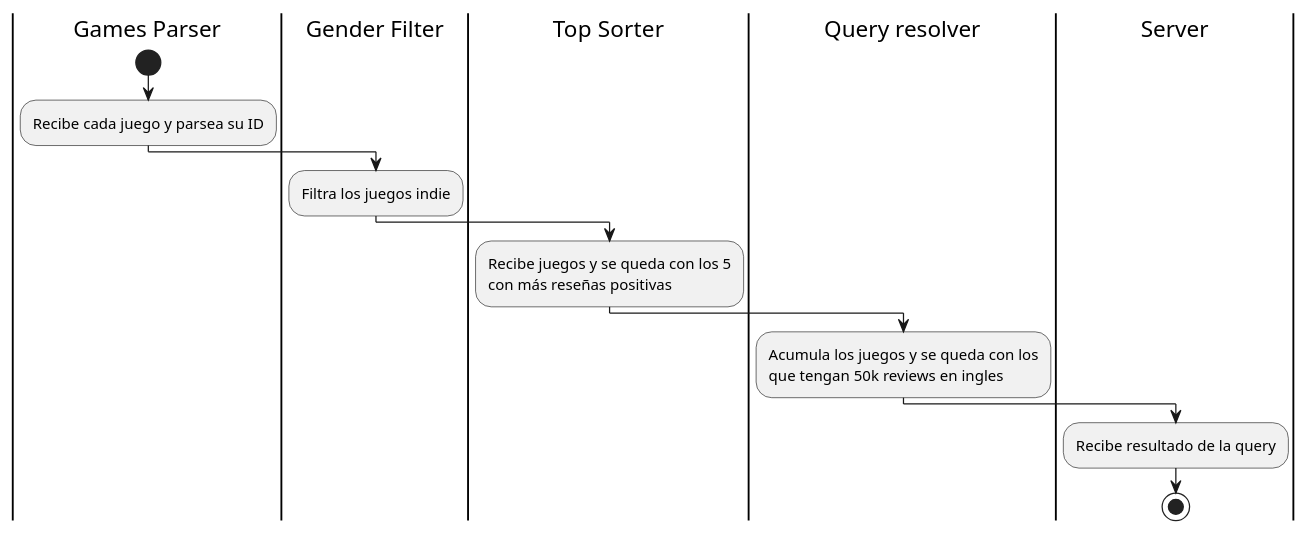
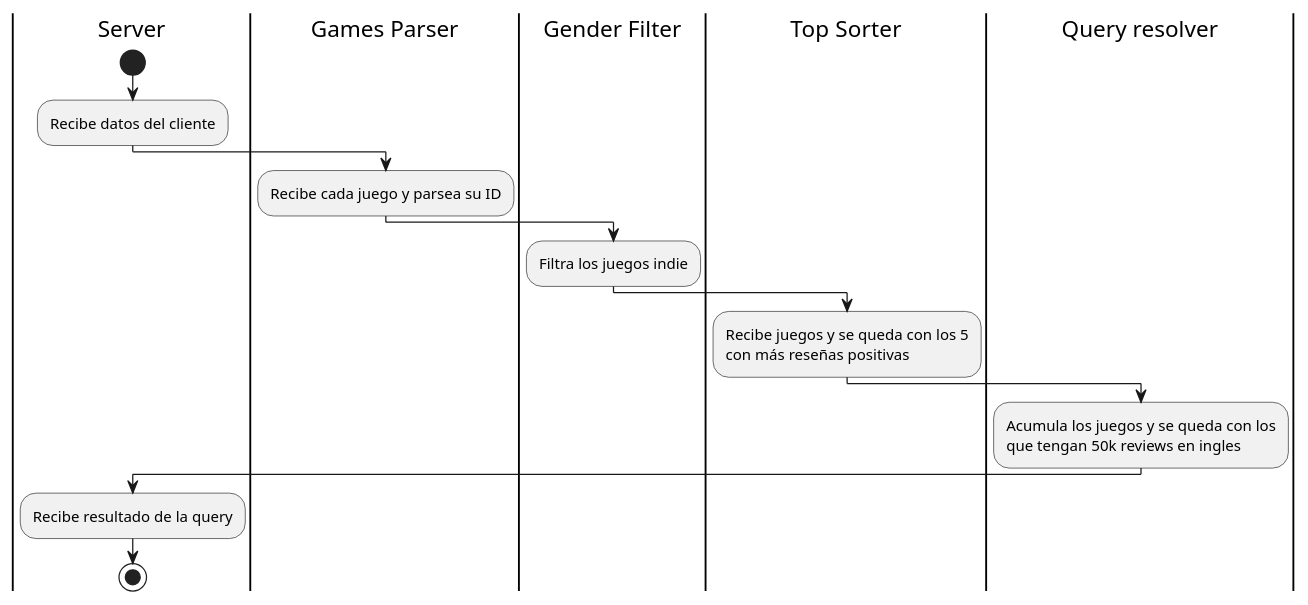
The diagram in diagrams/activity/query3.puml (AbrahamOsco/TP1-Distribuidos), drawn with PlantUML before and after one commit. The commit also changed 4 other files, not shown here.

Commit message:
feat: updated activity diagrams

```diff
--- a/diagrams/activity/query3.puml
+++ b/diagrams/activity/query3.puml
@@ -1,14 +1,16 @@
 @startuml
+   |Server|
+start
+   :Recibe datos del cliente;
    |Games Parser|
-start
    :Recibe cada juego y parsea su ID;
    |Gender Filter|
    :Filtra los juegos indie;
    |Top Sorter|
    :Recibe juegos y se queda con los 5\ncon más reseñas positivas;
    |Query resolver|
    :Acumula los juegos y se queda con los\nque tengan 50k reviews en ingles;
    |Server|
    :Recibe resultado de la query;
 stop
 @enduml
```
